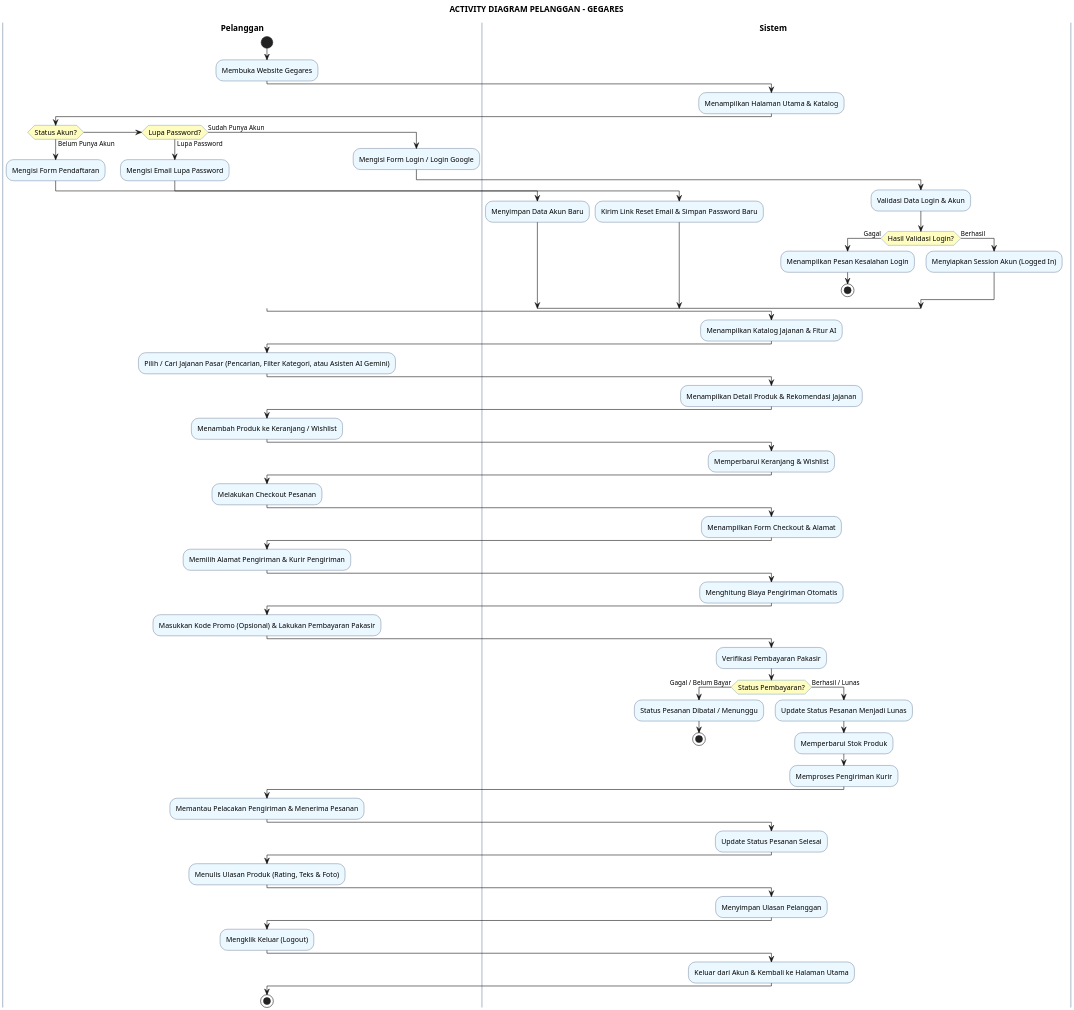
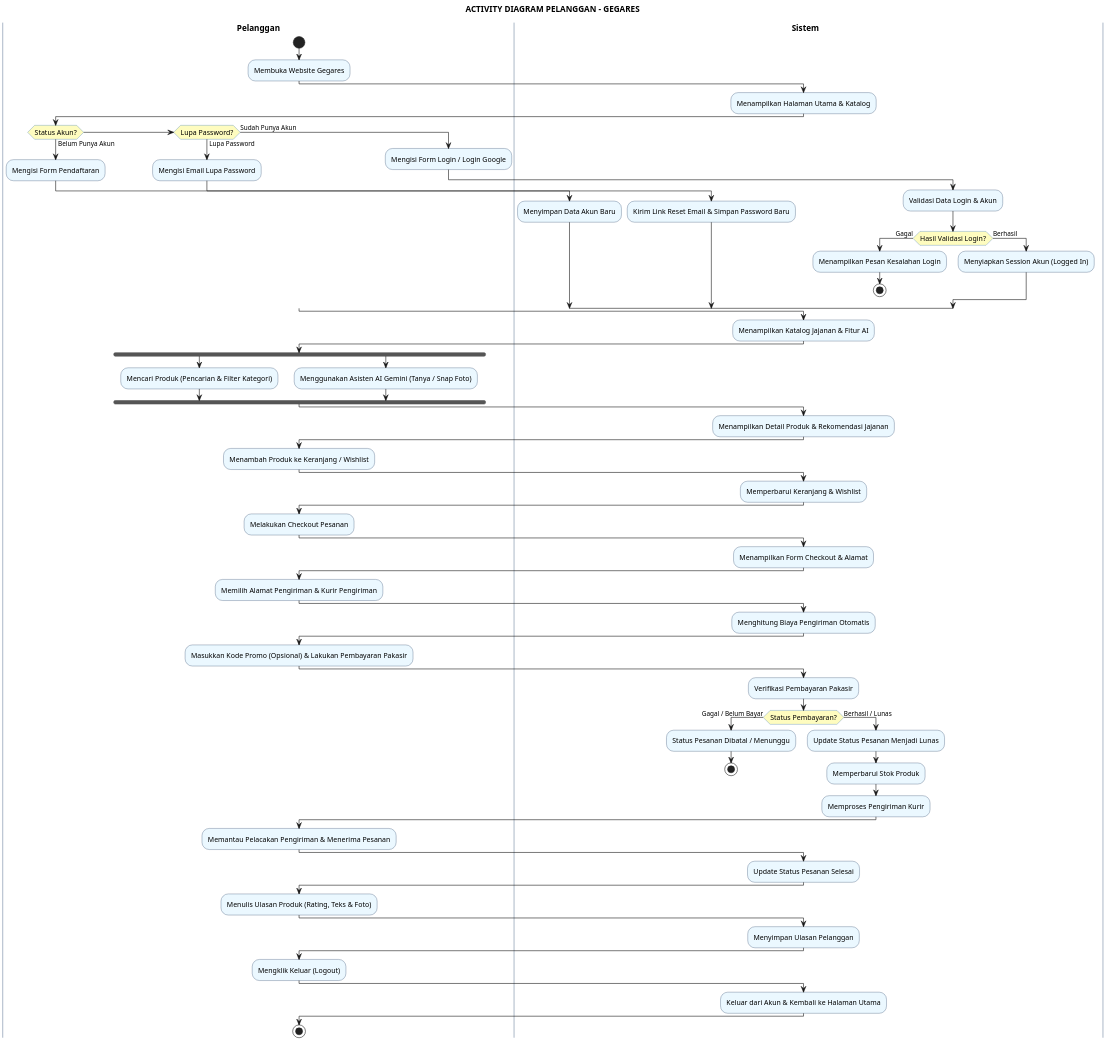
Before and after one commit to greedykid/gegares_toko: the diagram in activity_diagram_pelanggan.puml, drawn with PlantUML. The commit also changed 6 other files, not shown here.

Commit message:
docs(diagram): use UML standard Fork and Join bars for clean parallel flow synchronization

```diff
--- a/activity_diagram_pelanggan.puml
+++ b/activity_diagram_pelanggan.puml
@@ -1,108 +1,112 @@
 @startuml
 skinparam dpi 180
 skinparam defaultFontName "SansSerif"
 skinparam ActivityFontSize 12
 skinparam ActivityBorderColor #1A365D
 skinparam ActivityBackgroundColor #EBF8FF
 skinparam ActivityDiamondBorderColor #2B6CB0
 skinparam ActivityDiamondBackgroundColor #FEFCBF
 skinparam SwimlaneTitleFontSize 14
 skinparam SwimlaneTitleFontStyle bold
 skinparam SwimlaneBorderColor #A0AEC0
 skinparam SwimlaneWidth 280
 
 title **ACTIVITY DIAGRAM PELANGGAN - GEGARES**
 
 |Pelanggan|
 start
 :Membuka Website Gegares;
 
 |Sistem|
 :Menampilkan Halaman Utama & Katalog;
 
 |Pelanggan|
 if (Status Akun?) then (Belum Punya Akun)
   |Pelanggan|
   :Mengisi Form Pendaftaran;
   |Sistem|
   :Menyimpan Data Akun Baru;
 else if (Lupa Password?) then (Lupa Password)
   |Pelanggan|
   :Mengisi Email Lupa Password;
   |Sistem|
   :Kirim Link Reset Email & Simpan Password Baru;
 else (Sudah Punya Akun)
   |Pelanggan|
   :Mengisi Form Login / Login Google;
   |Sistem|
   :Validasi Data Login & Akun;
   if (Hasil Validasi Login?) then (Gagal)
     :Menampilkan Pesan Kesalahan Login;
     stop
   else (Berhasil)
     :Menyiapkan Session Akun (Logged In);
   endif
 endif
 
 |Sistem|
 :Menampilkan Katalog Jajanan & Fitur AI;
 
 |Pelanggan|
-:Pilih / Cari Jajanan Pasar (Pencarian, Filter Kategori, atau Asisten AI Gemini);
+fork
+  :Mencari Produk (Pencarian & Filter Kategori);
+fork again
+  :Menggunakan Asisten AI Gemini (Tanya / Snap Foto);
+end fork
 
 |Sistem|
 :Menampilkan Detail Produk & Rekomendasi Jajanan;
 
 |Pelanggan|
 :Menambah Produk ke Keranjang / Wishlist;
 
 |Sistem|
 :Memperbarui Keranjang & Wishlist;
 
 |Pelanggan|
 :Melakukan Checkout Pesanan;
 
 |Sistem|
 :Menampilkan Form Checkout & Alamat;
 
 |Pelanggan|
 :Memilih Alamat Pengiriman & Kurir Pengiriman;
 
 |Sistem|
 :Menghitung Biaya Pengiriman Otomatis;
 
 |Pelanggan|
 :Masukkan Kode Promo (Opsional) & Lakukan Pembayaran Pakasir;
 
 |Sistem|
 :Verifikasi Pembayaran Pakasir;
 if (Status Pembayaran?) then (Gagal / Belum Bayar)
   :Status Pesanan Dibatal / Menunggu;
   stop
 else (Berhasil / Lunas)
   :Update Status Pesanan Menjadi Lunas;
   :Memperbarui Stok Produk;
   :Memproses Pengiriman Kurir;
 endif
 
 |Pelanggan|
 :Memantau Pelacakan Pengiriman & Menerima Pesanan;
 
 |Sistem|
 :Update Status Pesanan Selesai;
 
 |Pelanggan|
 :Menulis Ulasan Produk (Rating, Teks & Foto);
 
 |Sistem|
 :Menyimpan Ulasan Pelanggan;
 
 |Pelanggan|
 :Mengklik Keluar (Logout);
 
 |Sistem|
 :Keluar dari Akun & Kembali ke Halaman Utama;
 
 |Pelanggan|
 stop
 @enduml
```
